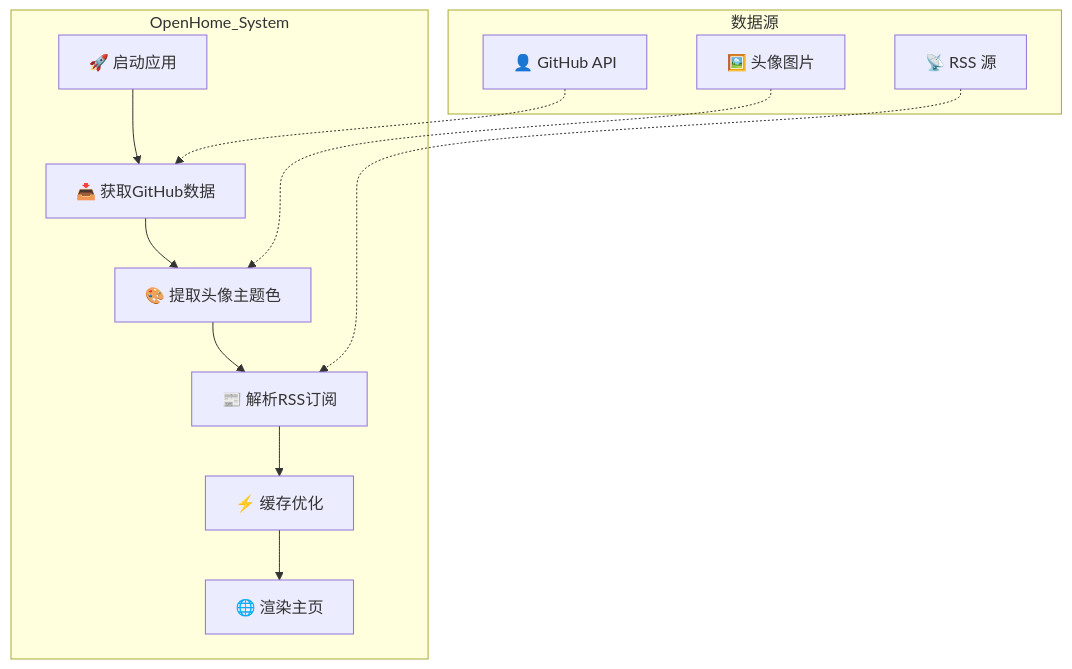
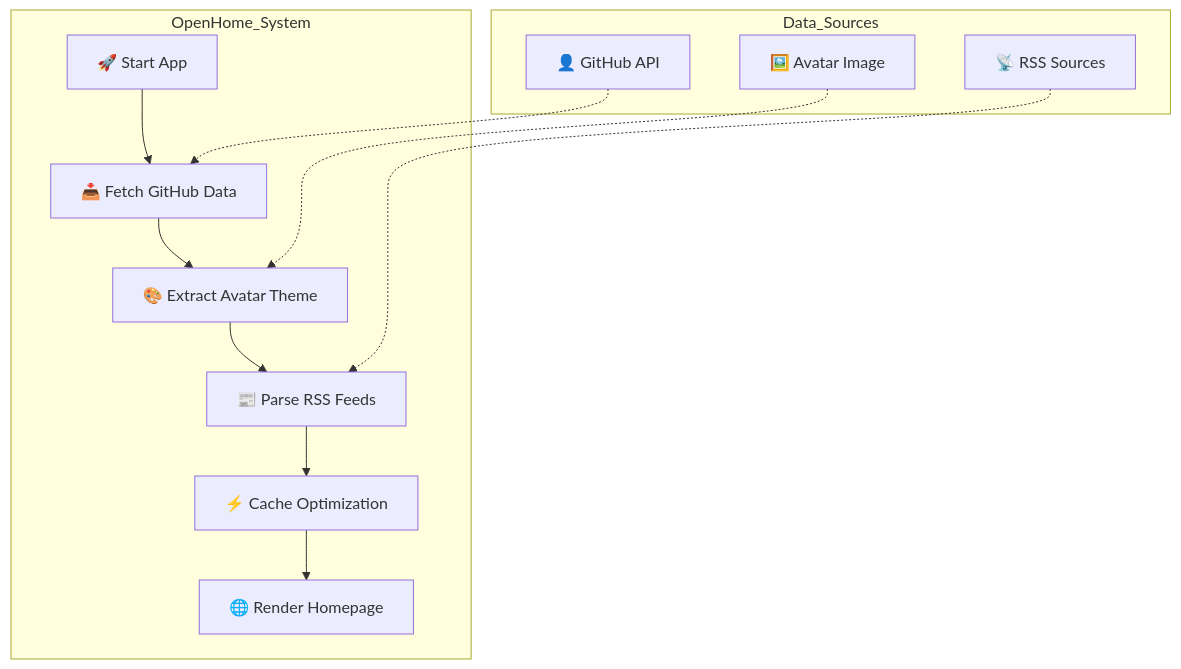
The fourth of 4 diagrams in README.md (none-ai/openhome), drawn with Mermaid before and after one commit. The commit also changed other lines of this file and 2 other files, not shown here.

````diff
--- a/README.md
+++ b/README.md
@@ -299,16 +299,16 @@
 ```mermaid
 graph TB
     subgraph OpenHome_System
-        A[🚀 启动应用] --> B[📥 获取GitHub数据]
-        B --> C[🎨 提取头像主题色]
-        C --> D[📰 解析RSS订阅]
-        D --> E[⚡ 缓存优化]
-        E --> F[🌐 渲染主页]
+        A[🚀 Start App] --> B[📥 Fetch GitHub Data]
+        B --> C[🎨 Extract Avatar Theme]
+        C --> D[📰 Parse RSS Feeds]
+        D --> E[⚡ Cache Optimization]
+        E --> F[🌐 Render Homepage]
     end
     
-    subgraph 数据源
+    subgraph Data_Sources
         G[👤 GitHub API] -.-> B
-        H[📡 RSS 源] -.-> D
-        I[🖼️ 头像图片] -.-> C
+        H[📡 RSS Sources] -.-> D
+        I[🖼️ Avatar Image] -.-> C
     end
 ```
````
